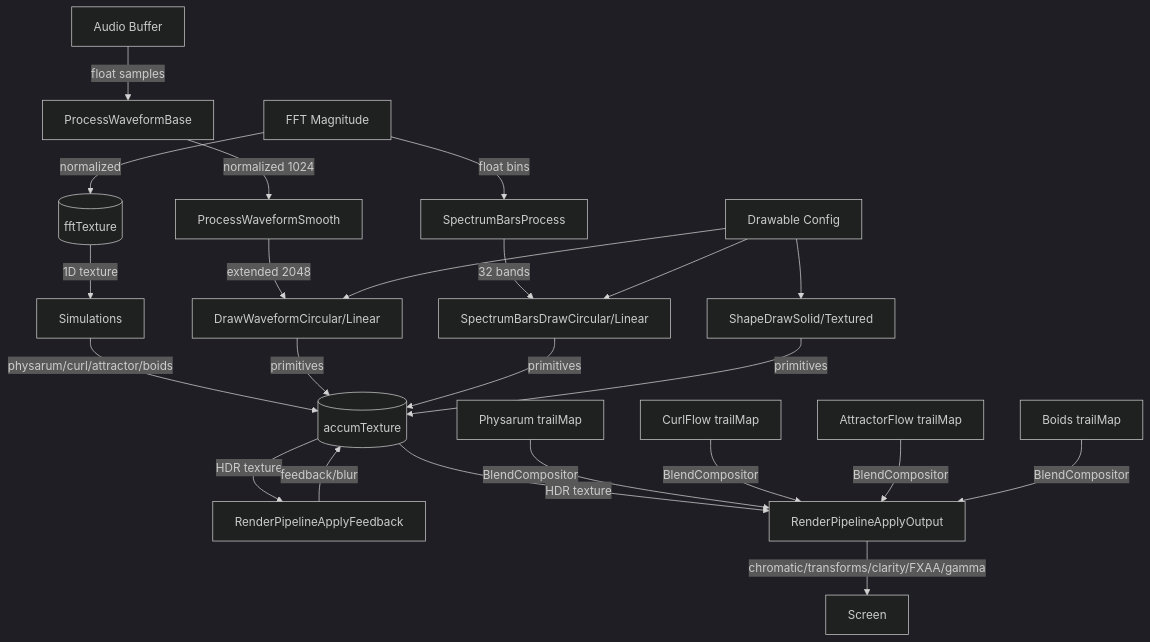
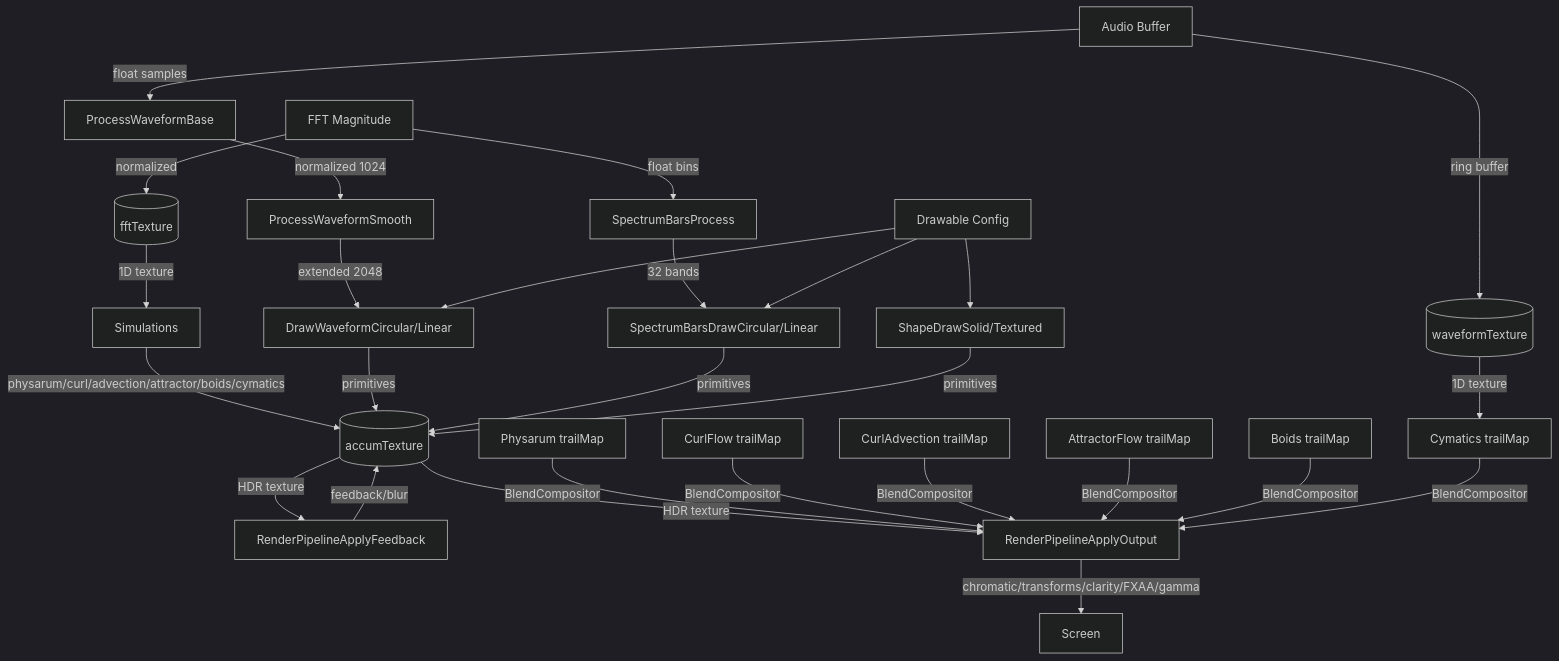
One commit to EvanLavender13/audio-jones changed the diagram in docs/modules/render.md. Above: the diagram before and after it, drawn with Mermaid (dark theme). The commit also changed other lines of this file and 7 other files, not shown here.

First line of the commit message:
Sync architecture documentation with codebase

````diff
--- a/docs/modules/render.md
+++ b/docs/modules/render.md
@@ -27,30 +27,34 @@
 ```mermaid
 graph TD
     Audio[Audio Buffer] -->|float samples| WP[ProcessWaveformBase]
     WP -->|normalized 1024| PS[ProcessWaveformSmooth]
     PS -->|extended 2048| Draw[DrawWaveformCircular/Linear]
+    Audio -->|ring buffer| WaveTex[(waveformTexture)]
 
     FFT[FFT Magnitude] -->|float bins| SBP[SpectrumBarsProcess]
     SBP -->|32 bands| SBD[SpectrumBarsDrawCircular/Linear]
     FFT -->|normalized| FFTTex[(fftTexture)]
     FFTTex -->|1D texture| Sims
+    WaveTex -->|1D texture| Cymatics
 
     Config[Drawable Config] --> Draw
     Config --> SBD
     Config --> Shape[ShapeDrawSolid/Textured]
 
-    Sims[Simulations] -->|physarum/curl/attractor/boids| Accum[(accumTexture)]
+    Sims[Simulations] -->|physarum/curl/advection/attractor/boids/cymatics| Accum[(accumTexture)]
     Accum -->|HDR texture| Feedback[RenderPipelineApplyFeedback]
     Feedback -->|feedback/blur| Accum
 
     Draw -->|primitives| Accum
     SBD -->|primitives| Accum
     Shape -->|primitives| Accum
 
     Accum -->|HDR texture| Output[RenderPipelineApplyOutput]
     Physarum[Physarum trailMap] -->|BlendCompositor| Output
     CurlFlow[CurlFlow trailMap] -->|BlendCompositor| Output
+    CurlAdvection[CurlAdvection trailMap] -->|BlendCompositor| Output
     AttractorFlow[AttractorFlow trailMap] -->|BlendCompositor| Output
     Boids[Boids trailMap] -->|BlendCompositor| Output
+    Cymatics[Cymatics trailMap] -->|BlendCompositor| Output
     Output -->|chromatic/transforms/clarity/FXAA/gamma| Screen[Screen]
 ```
````
